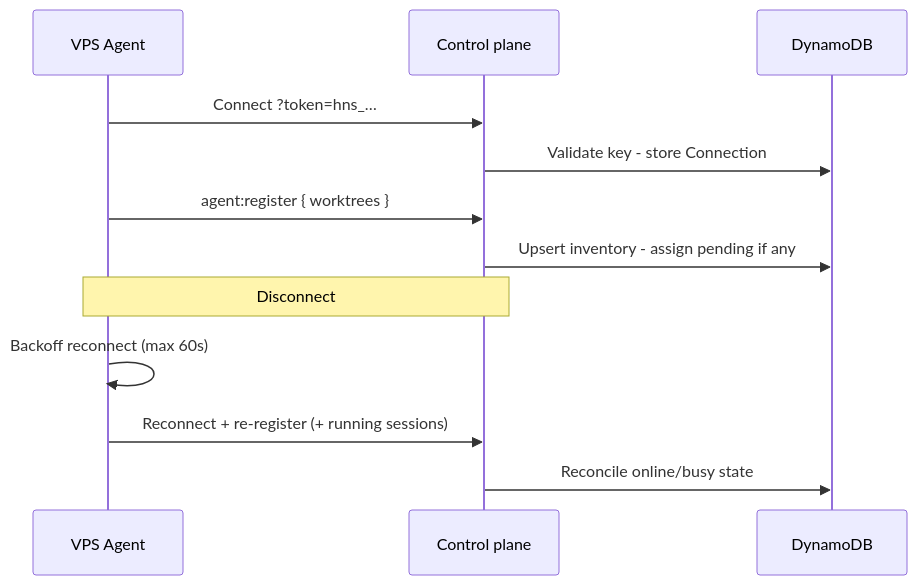
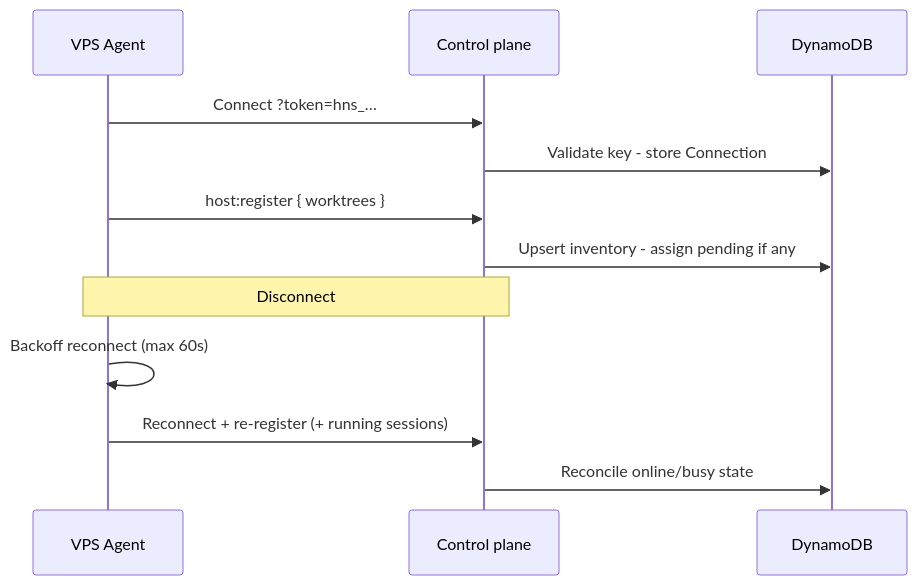
One commit to jonathanong/auto-harness changed the third of 4 diagrams in docs/architecture.md. Above: the diagram before and after it, drawn with Mermaid. The commit also changed other lines of this file and 25 other files, not shown here.

````diff
--- a/docs/architecture.md
+++ b/docs/architecture.md
@@ -111,16 +111,16 @@
 ```mermaid
 sequenceDiagram
     participant Agent as VPS Agent
     participant API as Control plane
     participant DDB as DynamoDB
 
     Agent->>API: Connect ?token=hns_…
     API->>DDB: Validate key - store Connection
-    Agent->>API: agent:register { worktrees }
+    Agent->>API: host:register { worktrees }
     API->>DDB: Upsert inventory - assign pending if any
 
     Note over Agent,API: Disconnect
     Agent->>Agent: Backoff reconnect (max 60s)
     Agent->>API: Reconnect + re-register (+ running sessions)
     API->>DDB: Reconcile online/busy state
 ```
````
